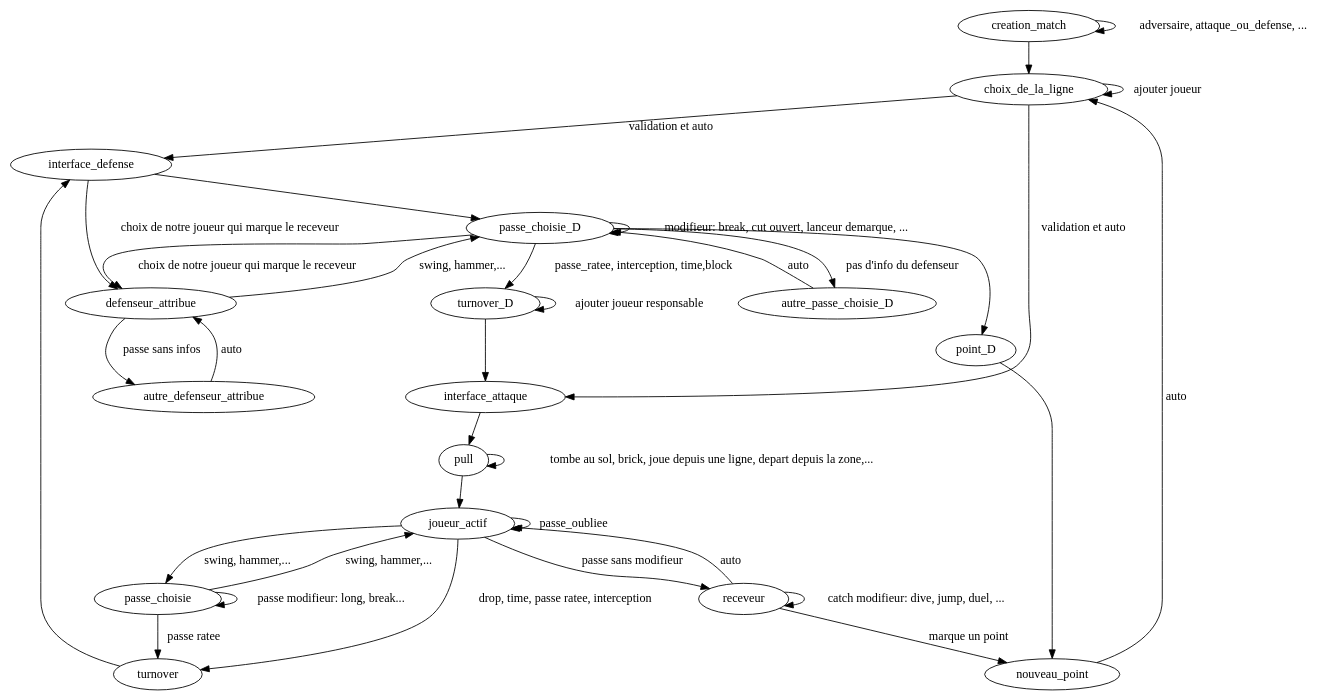
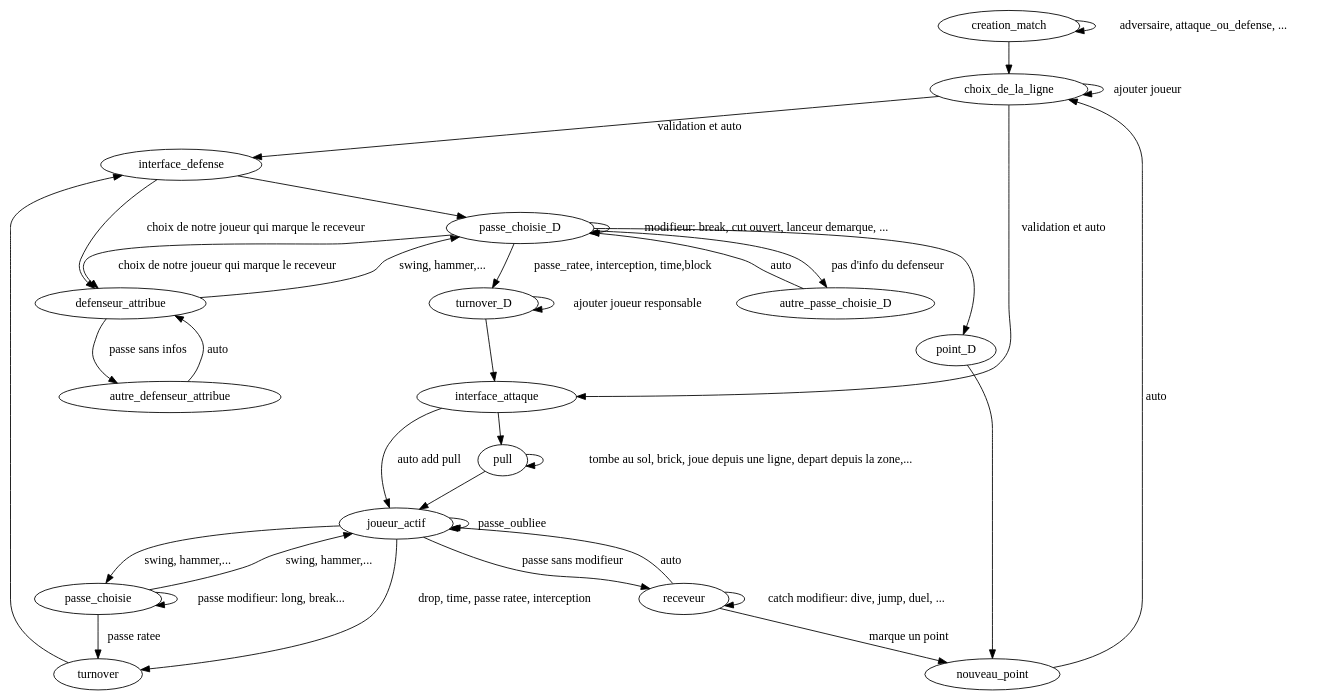
One commit to sylvus31/ultistats changed the diagram in ultimate_2.dot. Above: the diagram before and after it, drawn with Graphviz. The commit also changed 1 other file, not shown here.

```diff
--- a/ultimate_2.dot
+++ b/ultimate_2.dot
@@ -1,44 +1,45 @@
 digraph G {
     creation_match->creation_match[label="adversaire, attaque_ou_defense, ..."]
     creation_match->choix_de_la_ligne
     choix_de_la_ligne->choix_de_la_ligne[label="ajouter joueur"]
     choix_de_la_ligne->interface_defense[label="validation et auto"]
     choix_de_la_ligne->interface_attaque[label="validation et auto"]
     interface_attaque->pull
     pull->pull[label="tombe au sol, brick, joue depuis une ligne, depart depuis la zone,..."]
     pull->joueur_actif
     joueur_actif -> joueur_actif [label="passe_oubliee"]
     joueur_actif -> passe_choisie [label="swing, hammer,..."]
     joueur_actif->turnover[label="drop, time, passe ratee, interception"]
     joueur_actif->receveur[label="passe sans modifieur"]
     receveur->joueur_actif[label="auto"]
     receveur->receveur[label="catch modifieur: dive, jump, duel, ..."]
     receveur->nouveau_point[label="marque un point"]
     nouveau_point->choix_de_la_ligne[label="auto"]
     passe_choisie->passe_choisie[label="passe modifieur: long, break..."]
     passe_choisie->turnover[label="passe ratee"]
     passe_choisie->joueur_actif[label="swing, hammer,..."]
     
     turnover->interface_defense
 
     interface_defense->passe_choisie_D
     interface_defense->defenseur_attribue[label="choix de notre joueur qui marque le receveur"]
     defenseur_attribue->passe_choisie_D[label="swing, hammer,..."]
     passe_choisie_D->passe_choisie_D[label="modifieur: break, cut ouvert, lanceur demarque, ..."]
     passe_choisie_D->defenseur_attribue[label="choix de notre joueur qui marque le receveur"]
     defenseur_attribue->autre_defenseur_attribue[label="passe sans infos"]
     autre_defenseur_attribue->defenseur_attribue[label="auto"]
     passe_choisie_D->autre_passe_choisie_D[label="pas d'info du defenseur"]
     autre_passe_choisie_D->passe_choisie_D[label="auto"]
     passe_choisie_D->turnover_D[label="passe_ratee, interception, time,block"]
     passe_choisie_D->point_D
     turnover_D->turnover_D[label="ajouter joueur responsable"]
     turnover_D->interface_attaque
+    interface_attaque->joueur_actif [label="auto add pull"]
 
     point_D->nouveau_point
 
 
 
 
 
 }
```
